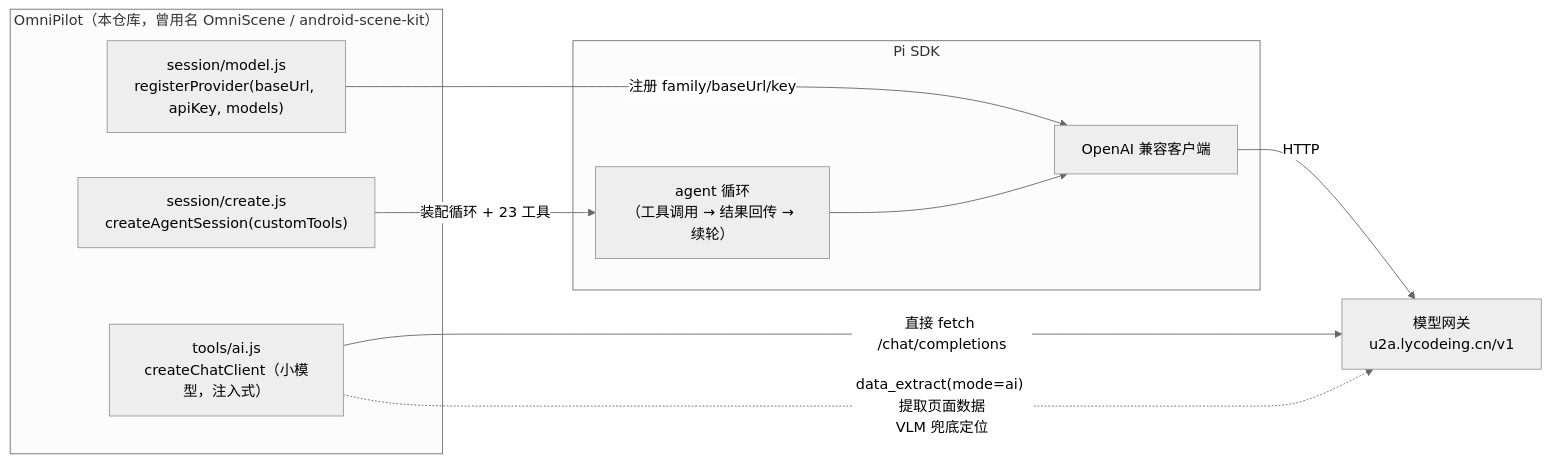
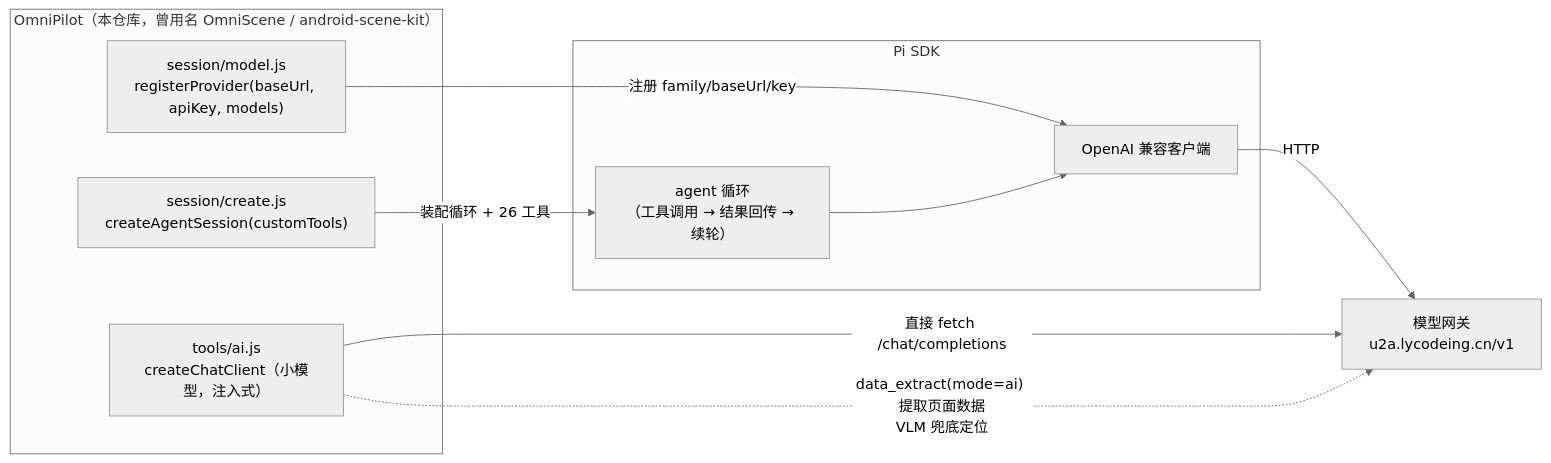
Before and after one commit to lycodeing/omnipilot: the third of 6 diagrams in docs/ARCHITECTURE.md, drawn with Mermaid (neutral theme). The commit also changed other lines of this file and 7 other files, not shown here.

````diff
--- a/docs/ARCHITECTURE.md
+++ b/docs/ARCHITECTURE.md
@@ -135,23 +135,23 @@
 ```mermaid
 flowchart LR
   subgraph KIT["OmniPilot（本仓库，曾用名 OmniScene / android-scene-kit）"]
     A["session/model.js<br/>registerProvider(baseUrl, apiKey, models)"]
     B["session/create.js<br/>createAgentSession(customTools)"]
     C["tools/ai.js<br/>createChatClient（小模型，注入式）"]
   end
 
   subgraph PI["Pi SDK"]
     D["agent 循环<br/>（工具调用 → 结果回传 → 续轮）"]
     E["OpenAI 兼容客户端"]
   end
 
   GW["模型网关<br/>u2a.lycodeing.cn/v1"]
 
   A -->|"注册 family/baseUrl/key"| E
-  B -->|"装配循环 + 23 工具"| D
+  B -->|"装配循环 + 26 工具"| D
   D --> E
   C -->|"直接 fetch /chat/completions"| GW
   E -->|"HTTP"| GW
 
   C -.->|"data_extract(mode=ai) 提取页面数据<br/>VLM 兜底定位"| GW
 ```
````
